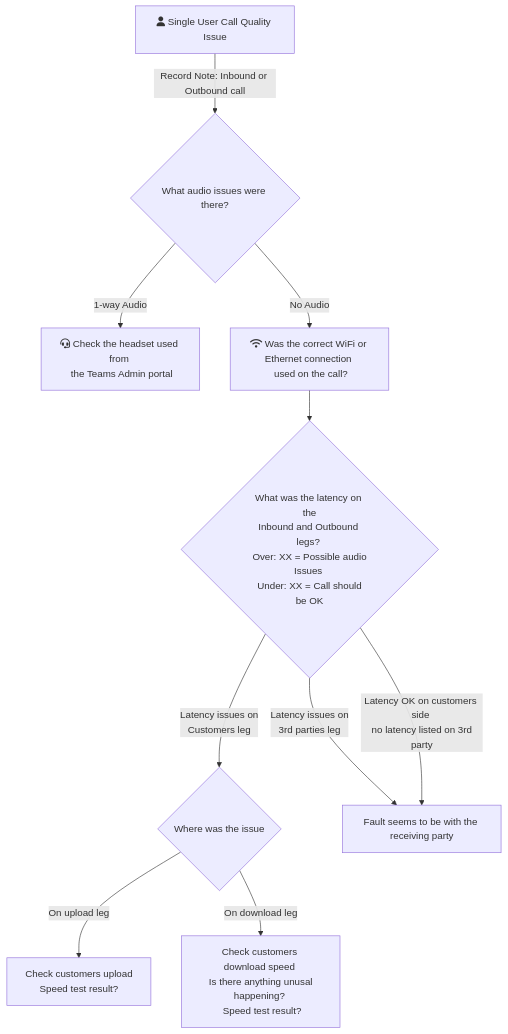
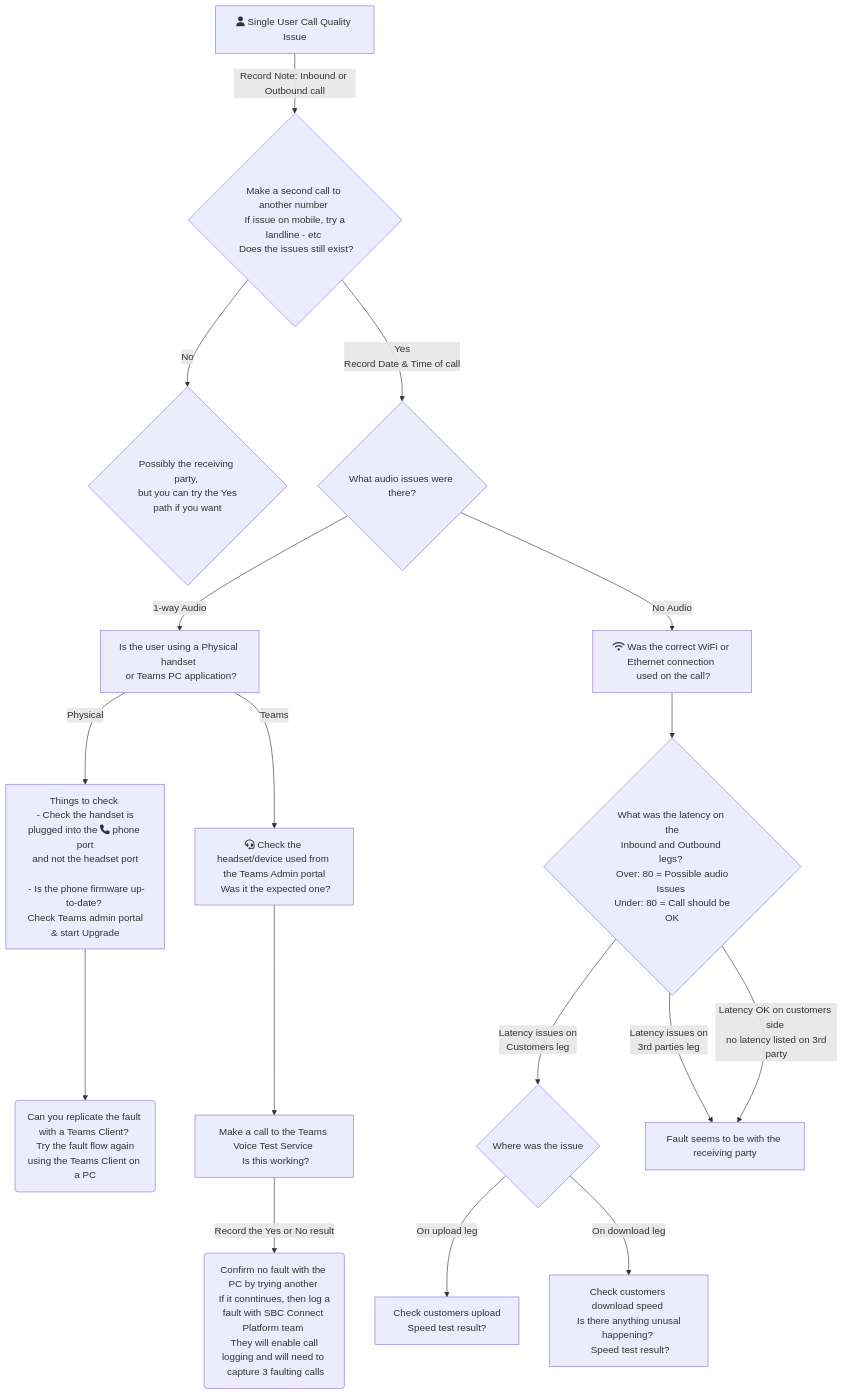
One commit to SBCConnect/documentation changed the diagram in docs/pages/call-quality-issues.md. Above: the diagram before and after it, drawn with Mermaid.

`````diff
--- a/docs/pages/call-quality-issues.md
+++ b/docs/pages/call-quality-issues.md
@@ -5,12 +5,19 @@
 ````mermaid
 graph TD
-	Start[fa:fa-user Single User Call Quality Issue] -->|Record Note: Inbound or Outbound call| audio{What audio issues were there?}
-    audio -->|1-way Audio| hardware[fa:fa-headset Check the headset used from <br> the Teams Admin portal]
-	audio -->|No Audio| media[fa:fa-wifi Was the correct WiFi or Ethernet connection <br> used on the call?]
-	media --> latency{What was the latency on the<br>Inbound and Outbound legs? <br> Over: XX = Possible audio Issues <br> Under: XX = Call should be OK}
+	Start[fa:fa-user Single User Call Quality Issue] -->|Record Note: Inbound or Outbound call| 2ndcall{Make a second call to another number <br> If issue on mobile, try a landline - etc <br> Does the issues still exist?}
+	2ndcall -->|No| 2ndcallNo{Possibly the receiving party, <br> but you can try the Yes path if you want}
+	2ndcall -->|Yes <br> Record Date & Time of call| audio{What audio issues were there?}
+    audio -->|1-way Audio| hardware[Is the user using a Physical handset <br> or Teams PC application?]
+	hardware -->|Physical| hardwarePhysical[Things to check <br> - Check the handset is plugged into the fa:fa-phone phone port<br> and not the headset port <br><br> - Is the phone firmware up-to-date? <br> Check Teams admin portal & start Upgrade]
+	hardwarePhysical --> hardwareReplicateFault(Can you replicate the fault with a Teams Client? <br> Try the fault flow again using the Teams Client on a PC)
+	hardware -->|Teams| softphone[fa:fa-headset Check the headset/device used from <br> the Teams Admin portal <br> Was it the expected one?]
+	softphone --> softphonehardwareTestCall[Make a call to the Teams Voice Test Service <br> Is this working?]
+	softphonehardwareTestCall -->|Record the Yes or No result| softphoneTestCallresultNo(Confirm no fault with the PC by trying another <br> If it conntinues, then log a fault with SBC Connect Platform team <br> They will enable call logging and will need to <br> capture 3 faulting calls)
+    audio -->|No Audio| media[fa:fa-wifi Was the correct WiFi or Ethernet connection <br> used on the call?]
+	media --> latency{What was the latency on the<br>Inbound and Outbound legs? <br> Over: 80 = Possible audio Issues <br> Under: 80 = Call should be OK}
 	latency -->|Latency issues on <br> Customers leg| checkCustomerSelection{Where was the issue}
 	latency -->|Latency issues on <br> 3rd parties leg| check3rdPartiesSelection[Fault seems to be with the receiving party]
 	latency -->|Latency OK on customers side <br> no latency listed on 3rd party| check3rdPartiesSelection
 	checkCustomerSelection -->|On upload leg| checkCustomerUpload[Check customers upload <br> Speed test result?]
 	checkCustomerSelection -->|On download leg| checkCustomerDownload[Check customers download speed <br> Is there anything unusal happening? <br> Speed test result?]
 ````
`````
